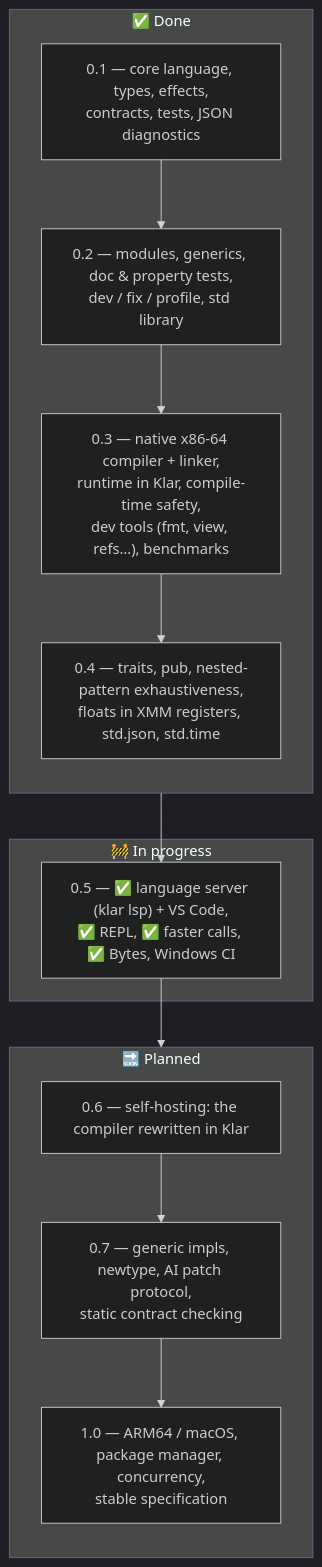
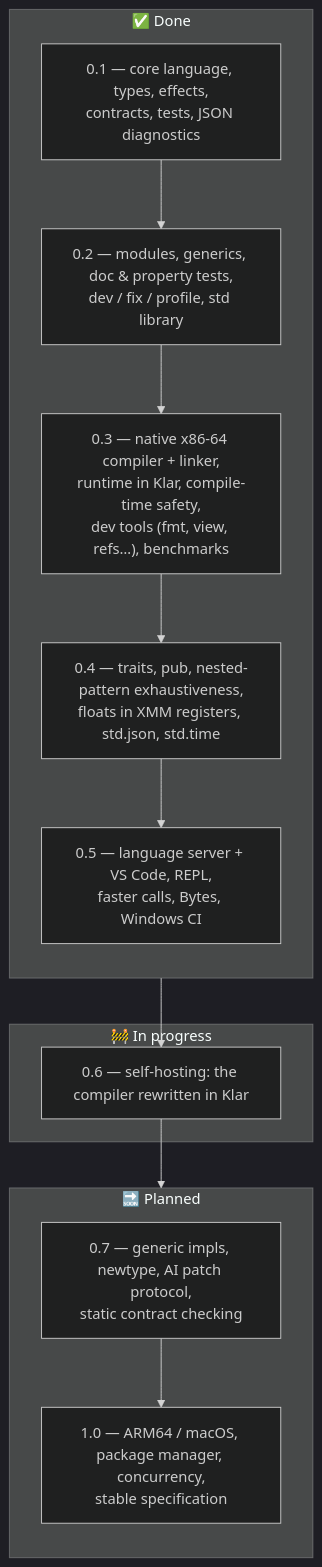
The second of 2 diagrams in README.md (veosett/Klar), drawn with Mermaid (dark theme) before and after one commit. The commit also changed other lines of this file and 13 other files, not shown here.

````diff
--- a/README.md
+++ b/README.md
@@ -156,22 +156,22 @@
 ```mermaid
 flowchart TB
     subgraph done["✅ Done"]
         direction TB
         v01["0.1 — core language, types, effects,<br/>contracts, tests, JSON diagnostics"]
         v02["0.2 — modules, generics, doc &amp; property tests,<br/>dev / fix / profile, std library"]
         v03["0.3 — native x86-64 compiler + linker,<br/>runtime in Klar, compile-time safety,<br/>dev tools (fmt, view, refs…), benchmarks"]
         v04["0.4 — traits, pub, nested-pattern exhaustiveness,<br/>floats in XMM registers, std.json, std.time"]
-        v01 --> v02 --> v03 --> v04
+        v05["0.5 — language server + VS Code, REPL,<br/>faster calls, Bytes, Windows CI"]
+        v01 --> v02 --> v03 --> v04 --> v05
     end
     subgraph now["🚧 In progress"]
-        v05["0.5 — ✅ language server (klar lsp) + VS Code,<br/>✅ REPL, ✅ faster calls, ✅ Bytes, Windows CI"]
+        v06["0.6 — self-hosting: the compiler rewritten in Klar"]
     end
     subgraph next["🔜 Planned"]
         direction TB
-        v06["0.6 — self-hosting: the compiler rewritten in Klar"]
         v07["0.7 — generic impls, newtype, AI patch protocol,<br/>static contract checking"]
         v10["1.0 — ARM64 / macOS, package manager, concurrency,<br/>stable specification"]
-        v06 --> v07 --> v10
+        v07 --> v10
     end
-    v04 --> v05 --> v06
+    v05 --> v06 --> v07
 ```
````
